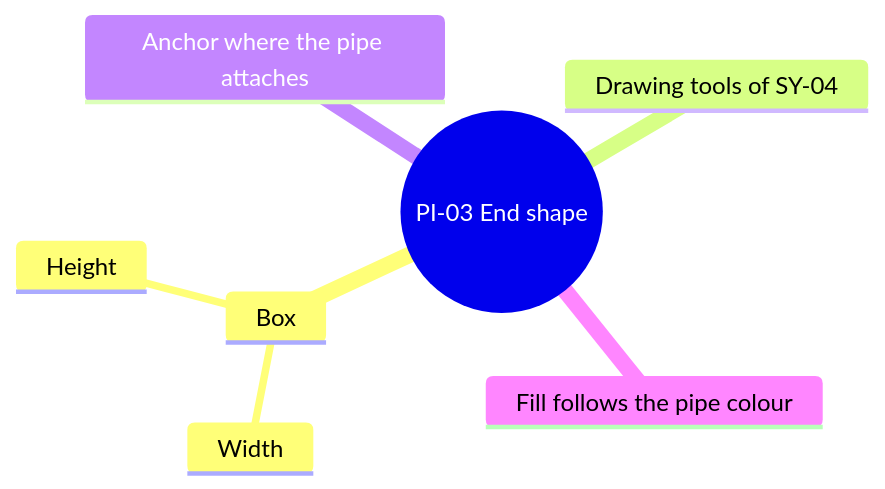
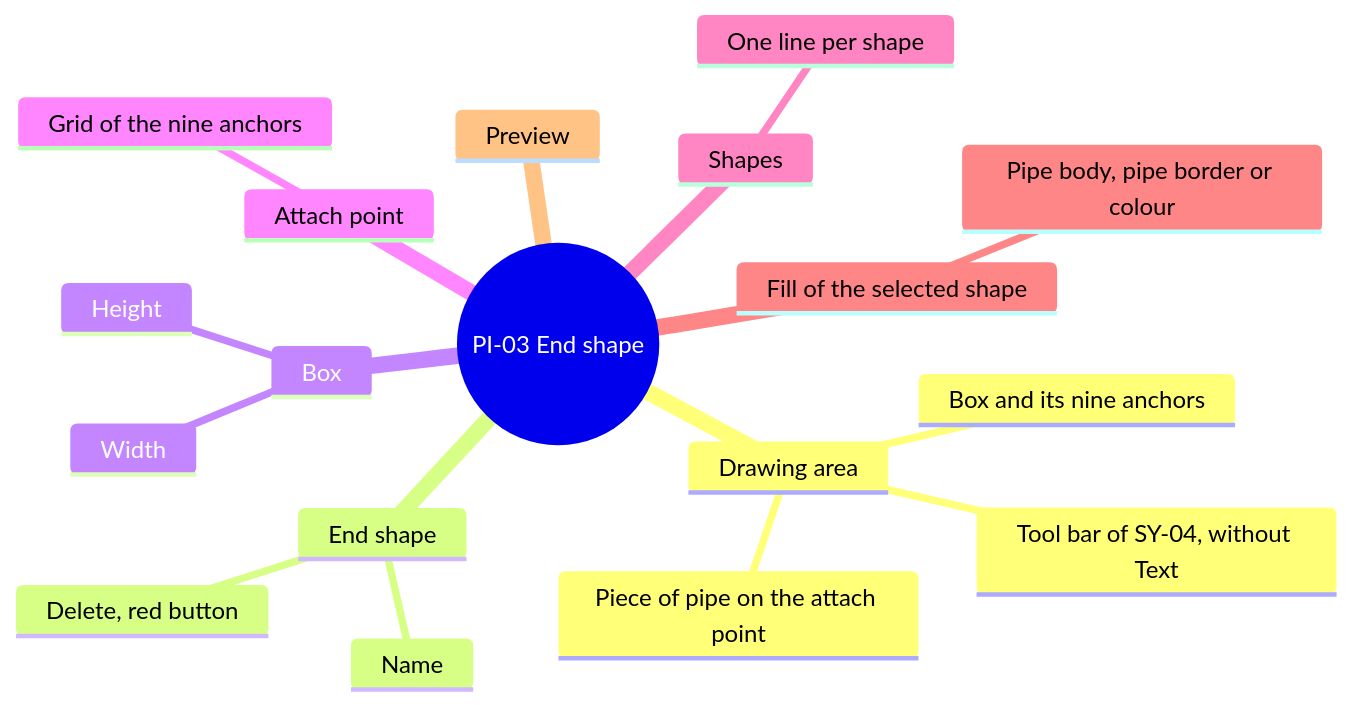
The seventh of 9 diagrams in screens/pipes.md (AlexandreGallais/synoptic-studio-spec), drawn with Mermaid before and after one commit. The commit also changed other lines of this file and 8 other files, not shown here.

````diff
--- a/screens/pipes.md
+++ b/screens/pipes.md
@@ -153,10 +164,21 @@
 ```mermaid
 mindmap
   root((PI-03 End shape))
+    Drawing area
+      Box and its nine anchors
+      Piece of pipe on the attach point
+      Tool bar of SY-04, without Text
+    End shape
+      Name
+      Delete, red button
     Box
       Width
       Height
-    Drawing tools of SY-04
-    Anchor where the pipe attaches
-    Fill follows the pipe colour
+    Attach point
+      Grid of the nine anchors
+    Shapes
+      One line per shape
+    Fill of the selected shape
+      Pipe body, pipe border or colour
+    Preview
 ```
````
